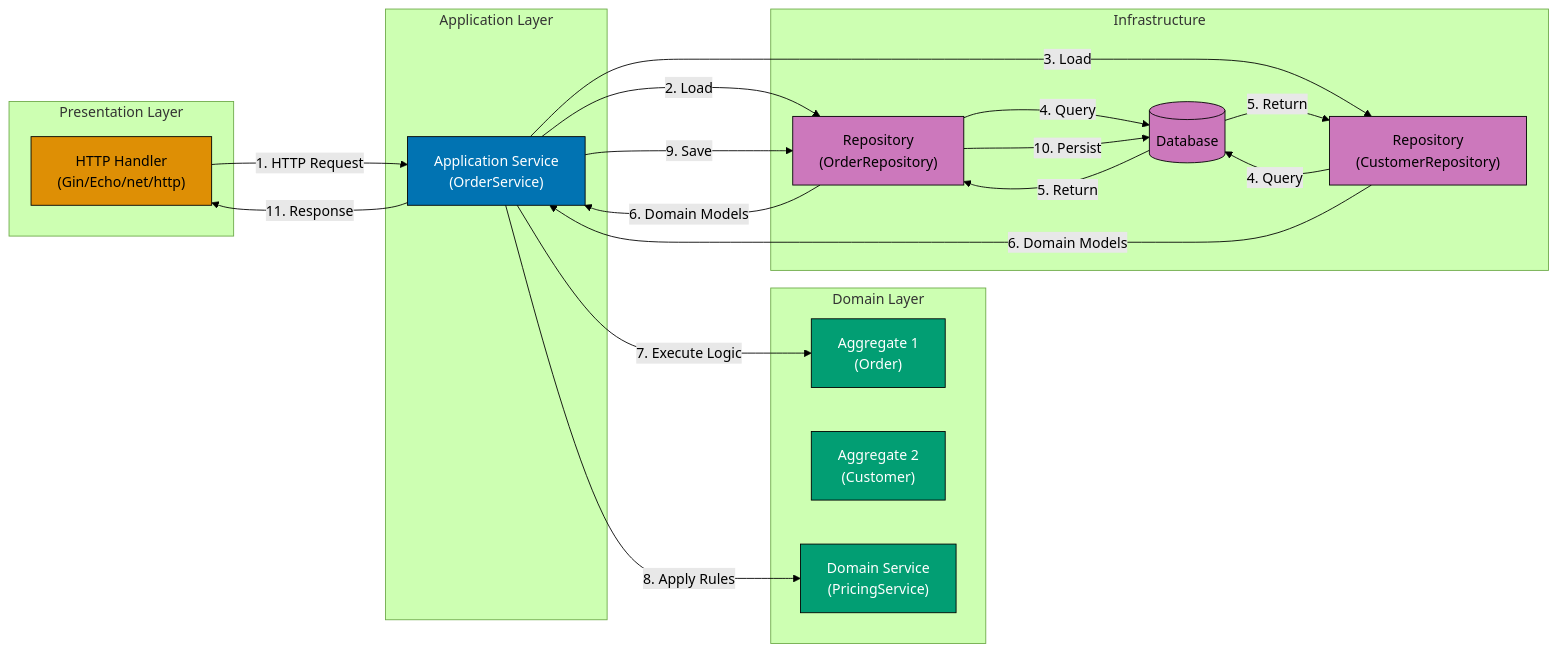
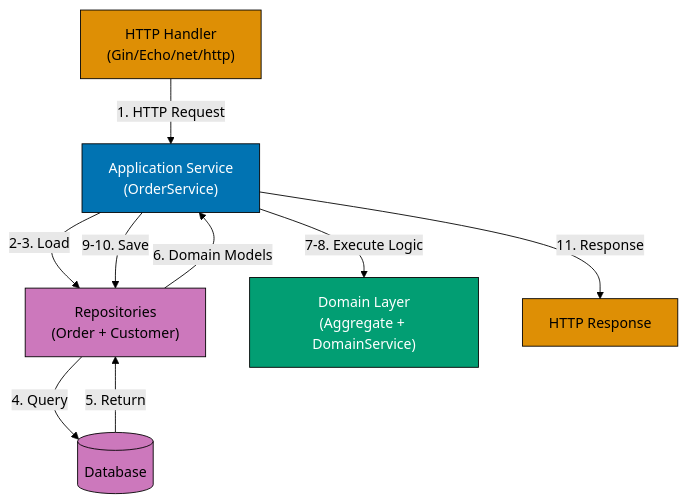
Before and after one commit to wahidyankf/ose-primer: the fourth of 5 diagrams in docs/explanation/software-engineering/programming-languages/golang/ddd-standards.md, drawn with Mermaid (forest theme). The commit also changed other lines of this file and 86 other files, not shown here.

````diff
--- a/docs/explanation/software-engineering/programming-languages/golang/ddd-standards.md
+++ b/docs/explanation/software-engineering/programming-languages/golang/ddd-standards.md
@@ -794,42 +794,26 @@
 ```mermaid
 %% Color Palette: Blue #0173B2, Orange #DE8F05, Teal #029E73, Purple #CC78BC
 %% All colors are color-blind friendly and meet WCAG AA contrast standards
 
-graph LR
-    subgraph Presentation["Presentation Layer"]
-        Handler["HTTP Handler<br/>(Gin/Echo/net/http)"]:::orange
-    end
-
-    subgraph Application["Application Layer"]
-        Service["Application Service<br/>(OrderService)"]:::blue
-    end
-
-    subgraph Domain["Domain Layer"]
-        Agg1["Aggregate 1<br/>(Order)"]:::teal
-        Agg2["Aggregate 2<br/>(Customer)"]:::teal
-        DomSvc["Domain Service<br/>(PricingService)"]:::teal
-    end
-
-    subgraph Infrastructure["Infrastructure"]
-        Repo1["Repository<br/>(OrderRepository)"]:::purple
-        Repo2["Repository<br/>(CustomerRepository)"]:::purple
-        DB[("Database")]:::purple
-    end
+graph TD
+    Handler["HTTP Handler<br/>(Gin/Echo/net/http)"]:::orange
+    Service["Application Service<br/>(OrderService)"]:::blue
+    Repos["Repositories<br/>(Order + Customer)"]:::purple
+    DB[("Database")]:::purple
+    Domain["Domain Layer<br/>(Aggregate + DomainService)"]:::teal
+    Response["HTTP Response"]:::orange
 
     Handler -->|"1. HTTP Request"| Service
-    Service -->|"2. Load"| Repo1
-    Service -->|"3. Load"| Repo2
-    Repo1 & Repo2 -->|"4. Query"| DB
-    DB -->|"5. Return"| Repo1 & Repo2
-    Repo1 & Repo2 -->|"6. Domain Models"| Service
-    Service -->|"7. Execute Logic"| Agg1
-    Service -->|"8. Apply Rules"| DomSvc
-    Service -->|"9. Save"| Repo1
-    Repo1 -->|"10. Persist"| DB
-    Service -->|"11. Response"| Handler
+    Service -->|"2-3. Load"| Repos
+    Repos -->|"4. Query"| DB
+    DB -->|"5. Return"| Repos
+    Repos -->|"6. Domain Models"| Service
+    Service -->|"7-8. Execute Logic"| Domain
+    Service -->|"9-10. Save"| Repos
+    Service -->|"11. Response"| Response
 
     classDef blue fill:#0173B2,stroke:#000,color:#fff
     classDef orange fill:#DE8F05,stroke:#000,color:#000
     classDef teal fill:#029E73,stroke:#000,color:#fff
     classDef purple fill:#CC78BC,stroke:#000,color:#000
 ```
````
